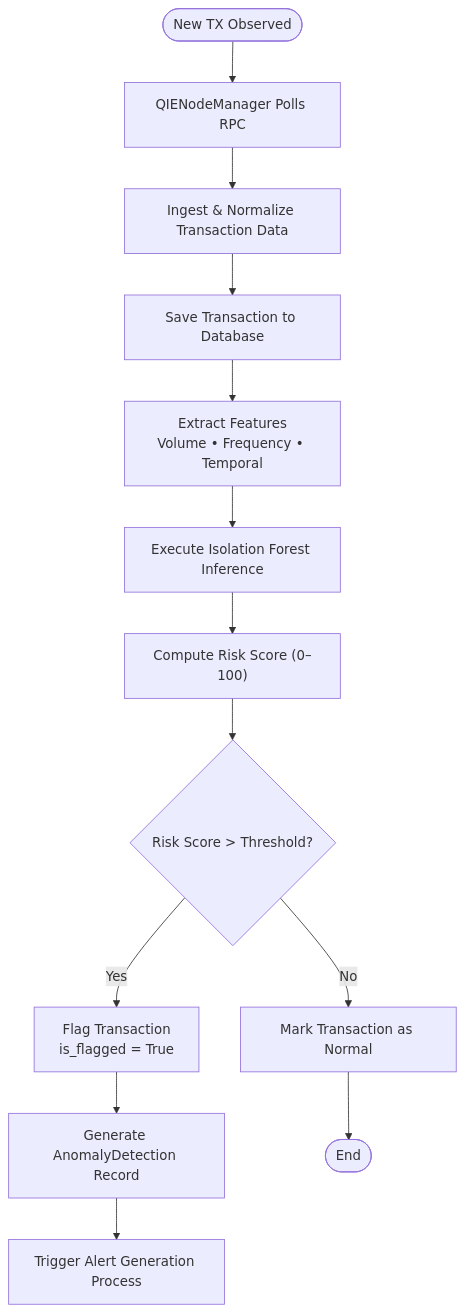
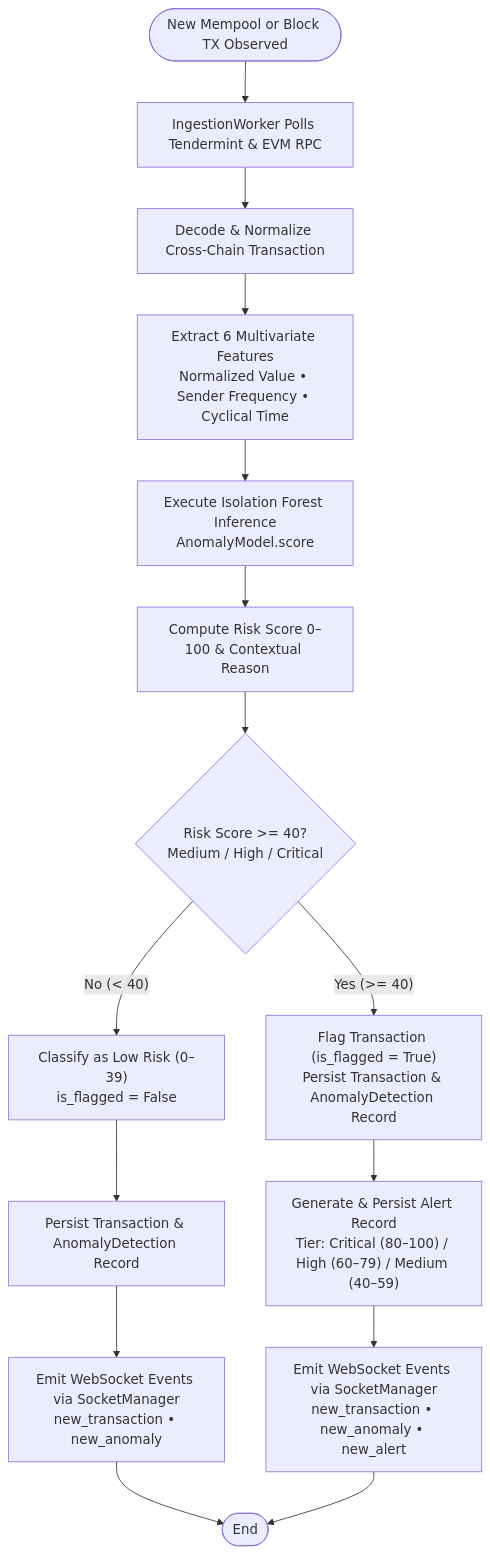
Diagram 12 of 23 in ValiGuard_Docs/ValiGuard_AI_Phase_1_Documentation.md (sheikhrehanseo/ValiGuard-Project-Main), drawn with Mermaid before and after one commit. The commit also changed other lines of this file and 16 other files, not shown here.

Commit message:
feat: integrate EVM block telemetry, enhance demo mode mock data, and clean up legacy frontend

````diff
--- a/ValiGuard_Docs/ValiGuard_AI_Phase_1_Documentation.md
+++ b/ValiGuard_Docs/ValiGuard_AI_Phase_1_Documentation.md
@@ -907,44 +950,49 @@
 ```mermaid
+
 flowchart TD
 
-Start([New TX Observed])
+Start(["New Mempool or Block TX Observed"])
 
-A[QIENodeManager Polls RPC]
+A["IngestionWorker Polls Tendermint & EVM RPC"]
 
-B[Ingest & Normalize Transaction Data]
+B["Decode & Normalize Cross-Chain Transaction"]
 
-C[Save Transaction to Database]
+C["Extract 6 Multivariate Features<br/>Normalized Value • Sender Frequency • Cyclical Time"]
 
-D[Extract Features<br/>Volume • Frequency • Temporal]
+D["Execute Isolation Forest Inference<br/>AnomalyModel.score"]
 
-E[Execute Isolation Forest Inference]
+E["Compute Risk Score 0–100 & Contextual Reason"]
 
-F["Compute Risk Score (0–100)"]
+F{"Risk Score >= 40?<br/>Medium / High / Critical"}
 
-G{Risk Score > Threshold?}
+G["Classify as Low Risk (0–39)<br/>is_flagged = False"]
 
-H[Mark Transaction as Normal]
+H["Persist Transaction & AnomalyDetection Record"]
 
-I[Flag Transaction<br/>is_flagged = True]
+I["Flag Transaction (is_flagged = True)<br/>Persist Transaction & AnomalyDetection Record"]
 
-J[Generate AnomalyDetection Record]
+J["Generate & Persist Alert Record<br/>Tier: Critical (80–100) / High (60–79) / Medium (40–59)"]
 
-K[Trigger Alert Generation Process]
+K["Emit WebSocket Events via SocketManager<br/>new_transaction • new_anomaly • new_alert"]
 
-End([End])
+L["Emit WebSocket Events via SocketManager<br/>new_transaction • new_anomaly"]
+
+End(["End"])
 
 Start --> A
 A --> B
 B --> C
 C --> D
 D --> E
 E --> F
-F --> G
 
-G -- No --> H
-H --> End
+F -- "No (< 40)" --> G
+G --> H
+H --> L
+L --> End
 
-G -- Yes --> I
+F -- "Yes (>= 40)" --> I
 I --> J
 J --> K
+K --> End
 ```
````
